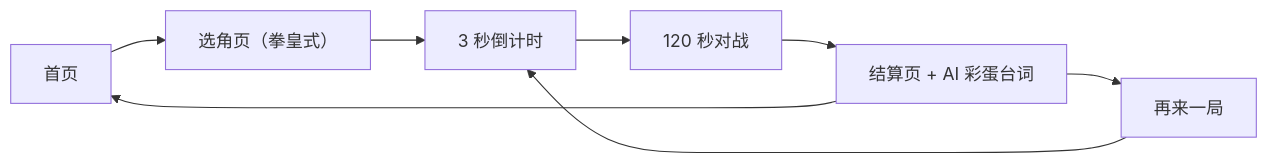
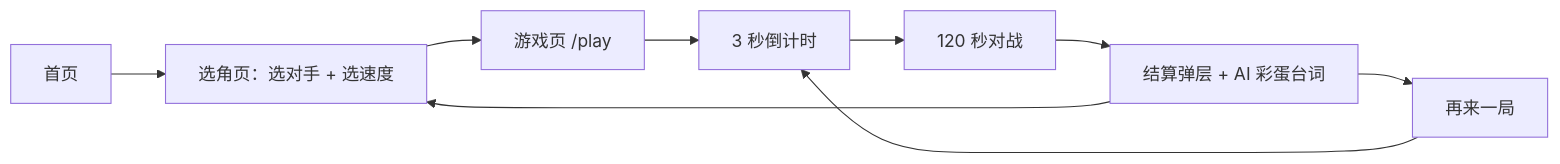
One commit to CodeAzuree/snakebattle changed the first of 5 diagrams in docs/DESIGN.md. Above: the diagram before and after it, drawn with Mermaid. The commit also changed other lines of this file and 74 other files, not shown here.

````diff
--- a/docs/DESIGN.md
+++ b/docs/DESIGN.md
@@ -71,10 +70,11 @@
 ```mermaid
 flowchart LR
-    home[首页] --> selectChar["选角页（拳皇式）"]
-    selectChar --> countdown[3 秒倒计时]
+    home[首页] --> selectChar["选角页：选对手 + 选速度"]
+    selectChar --> playPage["游戏页 /play"]
+    playPage --> countdown[3 秒倒计时]
     countdown --> battle[120 秒对战]
-    battle --> result[结算页 + AI 彩蛋台词]
+    battle --> result["结算弹层 + AI 彩蛋台词"]
     result --> retry[再来一局]
-    result --> home
+    result --> selectChar
     retry --> countdown
 ```
````
